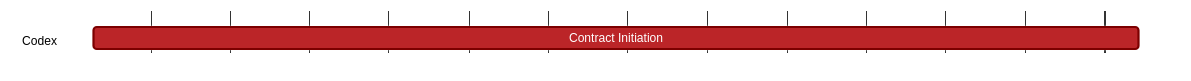
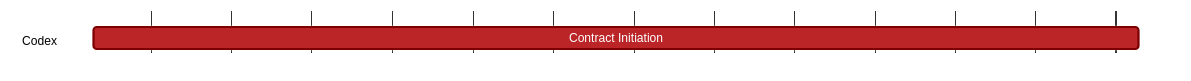
The diagram in content/vac/tke/g/codex/contract-initiation.md (logos-co/roadmap), drawn with Mermaid before and after one commit.

````diff
--- a/content/vac/tke/g/codex/contract-initiation.md
+++ b/content/vac/tke/g/codex/contract-initiation.md
@@ -7,19 +7,19 @@
 ```mermaid
 %%{ 
   init: { 
     'theme': 'base', 
     'themeVariables': { 
       'primaryColor': '#BB2528', 
       'primaryTextColor': '#fff', 
       'primaryBorderColor': '#7C0000', 
       'lineColor': '#F8B229', 
       'secondaryColor': '#006100', 
       'tertiaryColor': '#fff' 
     } 
   } 
 }%%
 gantt
 	dateFormat YYYY-MM-DD
 	section Codex
-		Contract Initiation :, 2024-10-01, 2025-01-01
+		Contract Initiation :, 2024-10-01, 2024-12-31
 ```
````
